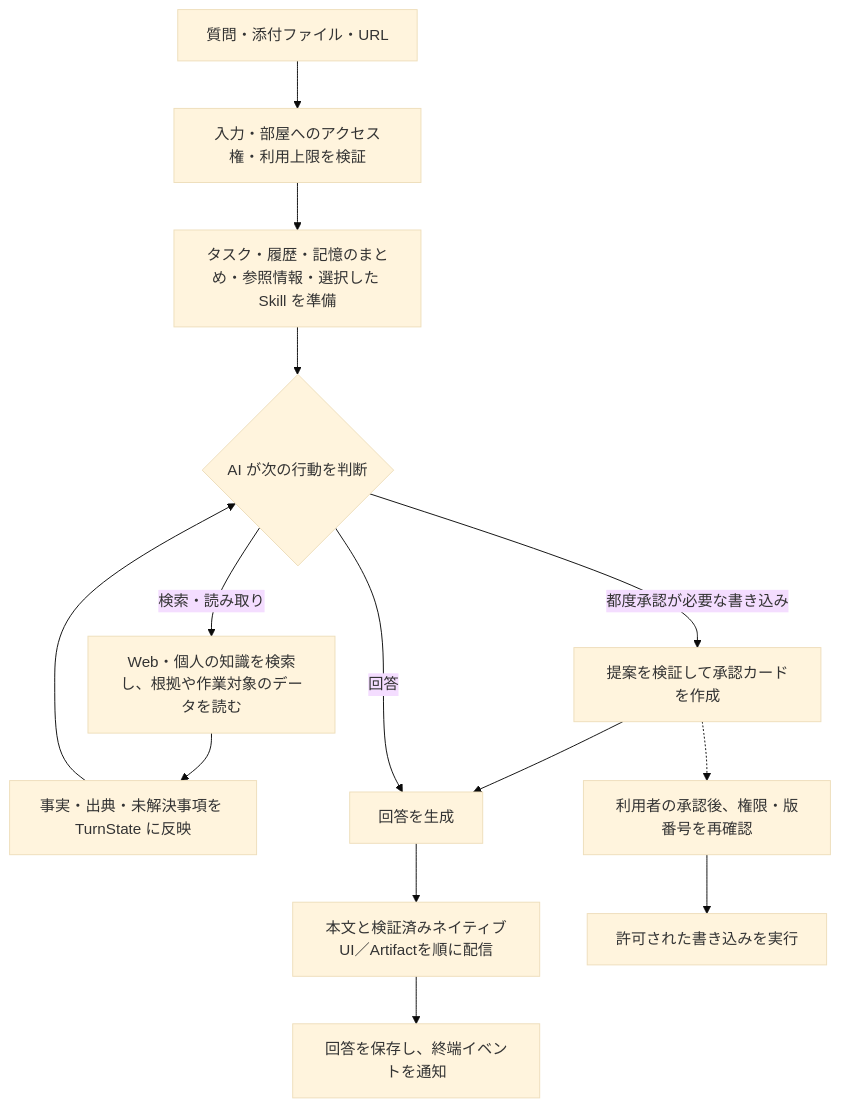
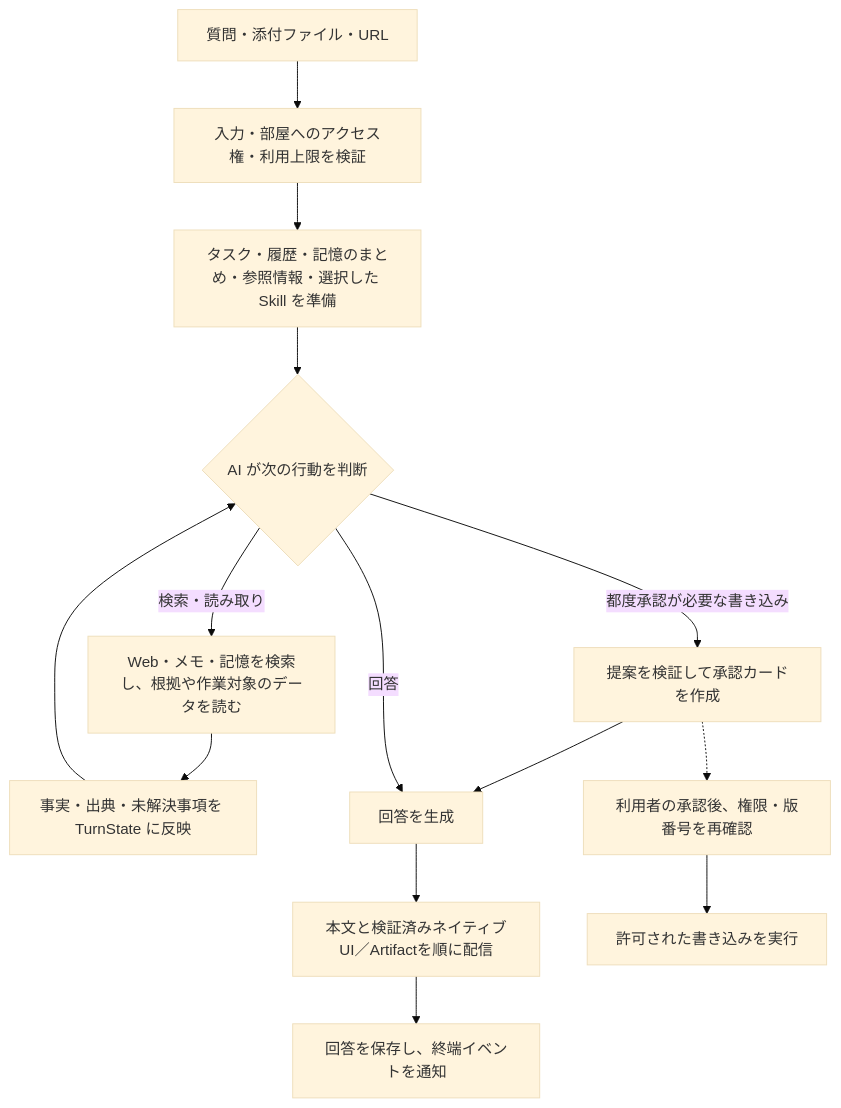
Before and after one commit to kota-kawa/ChatCore-AI: the sixth of 8 diagrams in README.md, drawn with Mermaid (base theme). The commit also changed other lines of this file and 91 other files, not shown here.

````diff
--- a/README.md
+++ b/README.md
@@ -362,16 +362,16 @@
 ```mermaid
 flowchart TD
     Input["質問・添付ファイル・URL"] --> Validate["入力・部屋へのアクセス権・利用上限を検証"]
     Validate --> Context["タスク・履歴・記憶のまとめ・参照情報・選択した Skill を準備"]
     Context --> Decide{"AI が次の行動を判断"}
-    Decide -->|検索・読み取り| Lookup["Web・個人の知識を検索し、根拠や作業対象のデータを読む"]
+    Decide -->|検索・読み取り| Lookup["Web・メモ・記憶を検索し、根拠や作業対象のデータを読む"]
     Lookup --> State["事実・出典・未解決事項を TurnState に反映"]
     State --> Decide
     Decide -->|都度承認が必要な書き込み| Approval["提案を検証して承認カードを作成"]
     Approval --> Answer["回答を生成"]
     Decide -->|回答| Answer
     Answer --> Output["本文と検証済みネイティブUI／Artifactを順に配信"]
     Output --> Save["回答を保存し、終端イベントを通知"]
     Approval -.-> Gate["利用者の承認後、権限・版番号を再確認"]
     Gate --> Write["許可された書き込みを実行"]
 ```
````
